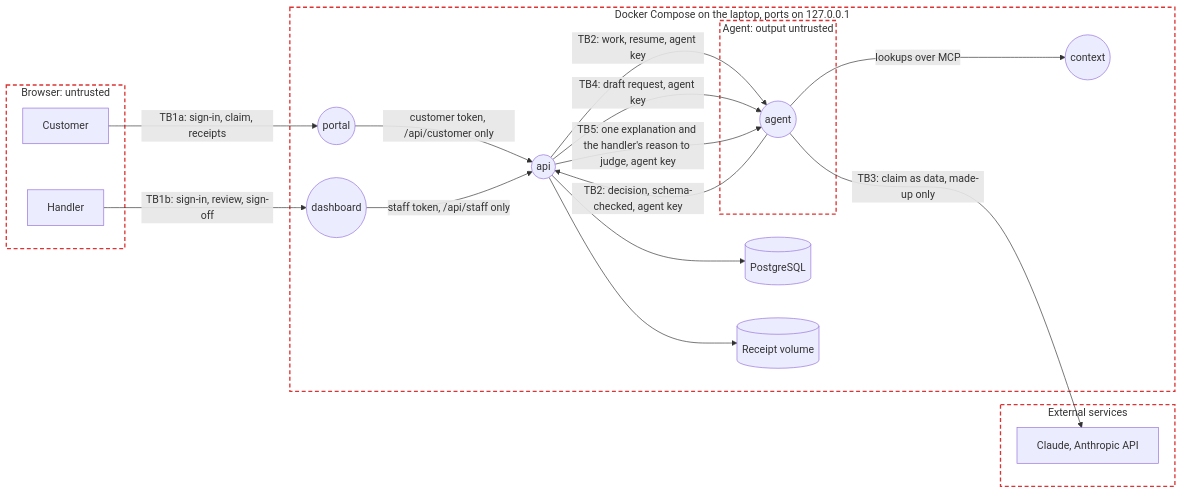
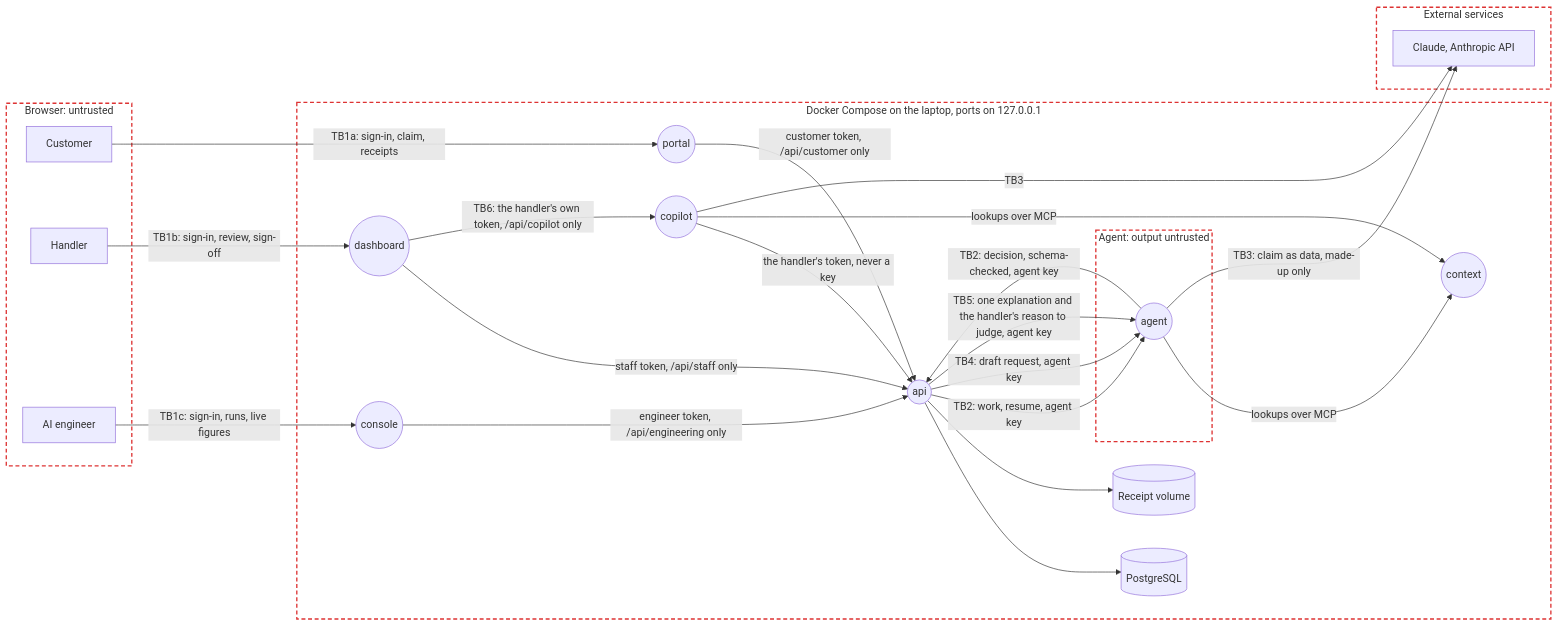
Before and after one commit to euginevd/travel-claims: the diagram in docs/threat-model.md, drawn with Mermaid. The commit also changed other lines of this file and 229 other files, not shown here.

````diff
--- a/docs/threat-model.md
+++ b/docs/threat-model.md
@@ -7,35 +7,44 @@
 ```mermaid
 flowchart LR
   subgraph browser ["Browser: untrusted"]
     customer[Customer]
     handler[Handler]
+    engineer[AI engineer]
   end
   subgraph laptop ["Docker Compose on the laptop, ports on 127.0.0.1"]
     portal((portal))
     dashboard((dashboard))
+    console((console))
+    copilot((copilot))
     api((api))
     db[(PostgreSQL)]
     receipts[(Receipt volume)]
     context((context))
     subgraph agentzone ["Agent: output untrusted"]
       agent((agent))
     end
   end
   subgraph third ["External services"]
     anthropic[Claude, Anthropic API]
   end
   customer -- "TB1a: sign-in, claim, receipts" --> portal
   handler -- "TB1b: sign-in, review, sign-off" --> dashboard
   portal -- "customer token, /api/customer only" --> api
   dashboard -- "staff token, /api/staff only" --> api
+  engineer -- "TB1c: sign-in, runs, live figures" --> console
+  console -- "engineer token, /api/engineering only" --> api
+  dashboard -- "TB6: the handler's own token, /api/copilot only" --> copilot
+  copilot -- "the handler's token, never a key" --> api
+  copilot -- "lookups over MCP" --> context
+  copilot -- "TB3" --> anthropic
   api --> db
   api --> receipts
   api -- "TB2: work, resume, agent key" --> agent
   agent -- "TB2: decision, schema-checked, agent key" --> api
   agent -- "lookups over MCP" --> context
   agent -- "TB3: claim as data, made-up only" --> anthropic
   api -- "TB4: draft request, agent key" --> agent
   api -- "TB5: one explanation and the handler's reason to judge, agent key" --> agent
   classDef boundary fill:none,stroke:#d33,stroke-width:2px,stroke-dasharray:6 4
   class browser,laptop,agentzone,third boundary
 ```
````
